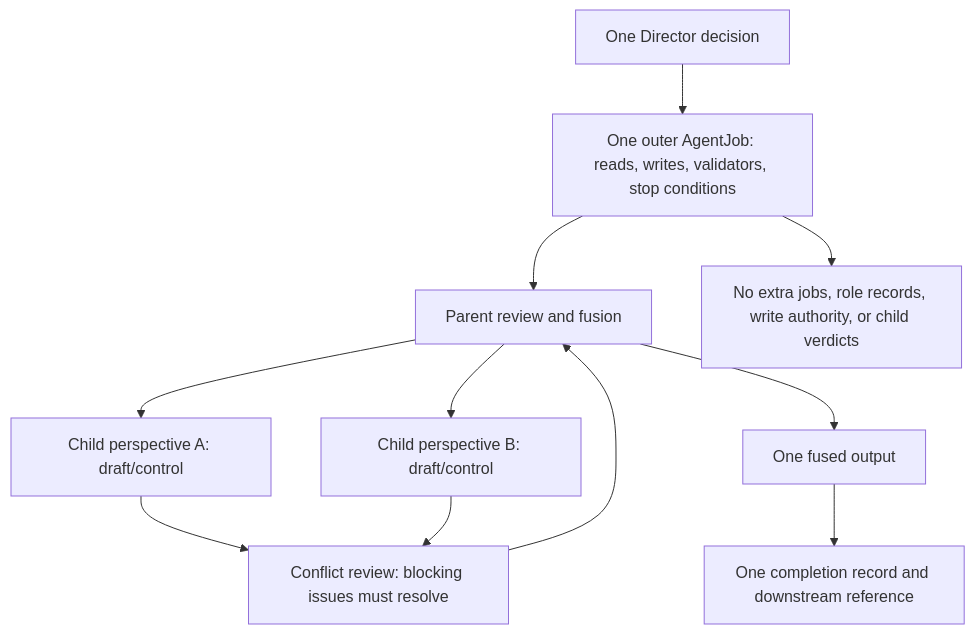
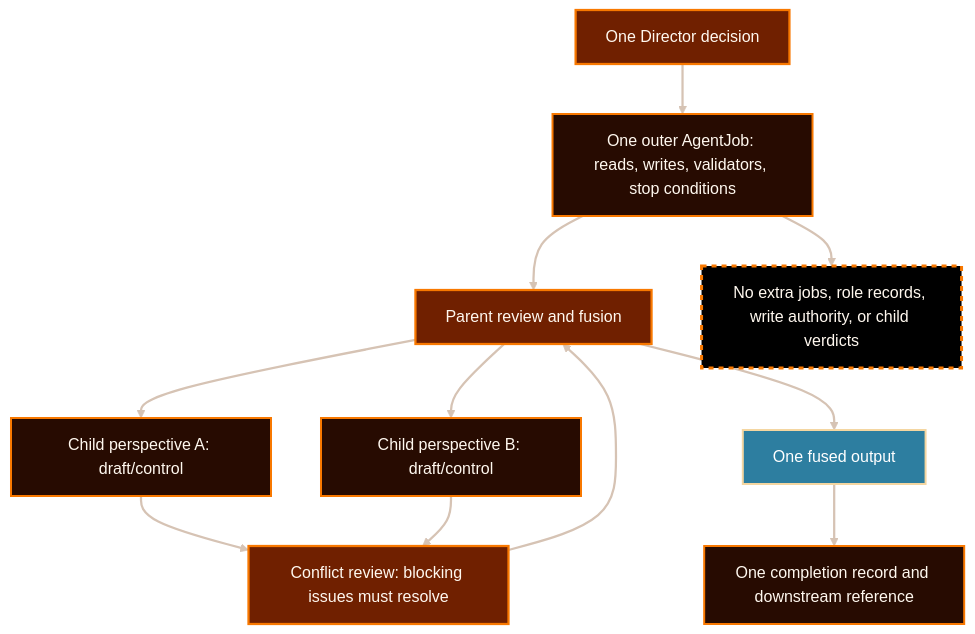
One commit to AngryOwlAI/The-AEther-Flow-Website changed the diagram in docs/content-dossiers/parent-child-synthesis/diagrams/single-outer-agentjob-frame.mmd. Above: the diagram before and after it, drawn with Mermaid. The commit also changed 60 other files, not shown here.

```diff
--- a/docs/content-dossiers/parent-child-synthesis/diagrams/single-outer-agentjob-frame.mmd
+++ b/docs/content-dossiers/parent-child-synthesis/diagrams/single-outer-agentjob-frame.mmd
@@ -1,21 +1,56 @@
+---
+config:
+  theme: base
+  themeVariables:
+    darkMode: true
+    background: "#000000"
+    primaryColor: "#050403"
+    primaryTextColor: "#fff8ef"
+    primaryBorderColor: "#d6c3b4"
+    lineColor: "#d6c3b4"
+    fontFamily: "Inter, ui-sans-serif, system-ui, -apple-system, BlinkMacSystemFont, Segoe UI, sans-serif"
+    fontSize: "16px"
+    clusterBkg: "#080401"
+    clusterBorder: "#d6c3b4"
+    edgeLabelBackground: "#000000"
+---
+
 flowchart TD
   Director["One Director decision"]
   Outer["One outer AgentJob: reads, writes, validators, stop conditions"]
   Parent["Parent review and fusion"]
   ChildA["Child perspective A: draft/control"]
   ChildB["Child perspective B: draft/control"]
   Conflict["Conflict review: blocking issues must resolve"]
   Fused["One fused output"]
   Completion["One completion record and downstream reference"]
   Boundary["No extra jobs, role records, write authority, or child verdicts"]
 
   Director --> Outer
   Outer --> Parent
   Parent --> ChildA
   Parent --> ChildB
   ChildA --> Conflict
   ChildB --> Conflict
   Conflict --> Parent
   Parent --> Fused
   Fused --> Completion
   Outer --> Boundary
+
+  classDef default fill:#050403,stroke:#d6c3b4,color:#fff8ef,stroke-width:1.5px;
+  classDef source fill:#0f364d,stroke:#48a0c0,color:#fff8ef,stroke-width:2px;
+  classDef control fill:#270b01,stroke:#f87800,color:#fff8ef,stroke-width:2px;
+  classDef bridge fill:#164964,stroke:#f4d6a1,color:#fff8ef,stroke-width:2px;
+  classDef decision fill:#702000,stroke:#f87800,color:#fff8ef,stroke-width:2.25px;
+  classDef target fill:#2d7ea0,stroke:#f4d6a1,color:#ffffff,stroke-width:2px;
+  classDef success fill:#164964,stroke:#48a0c0,color:#fff8ef,stroke-width:2px;
+  classDef risk fill:#702000,stroke:#f87800,color:#fff8ef,stroke-width:2px,stroke-dasharray: 5 5;
+  classDef boundary fill:#000000,stroke:#f87800,color:#fff8ef,stroke-width:3px,stroke-dasharray: 5 5;
+  classDef external fill:#080401,stroke:#f4d6a1,color:#fff8ef,stroke-width:2px;
+
+  class Boundary boundary;
+  class ChildA,ChildB,Completion,Outer control;
+  class Conflict,Director,Parent decision;
+  class Fused target;
+
+  linkStyle default stroke:#d6c3b4,stroke-width:2.25px;
```
